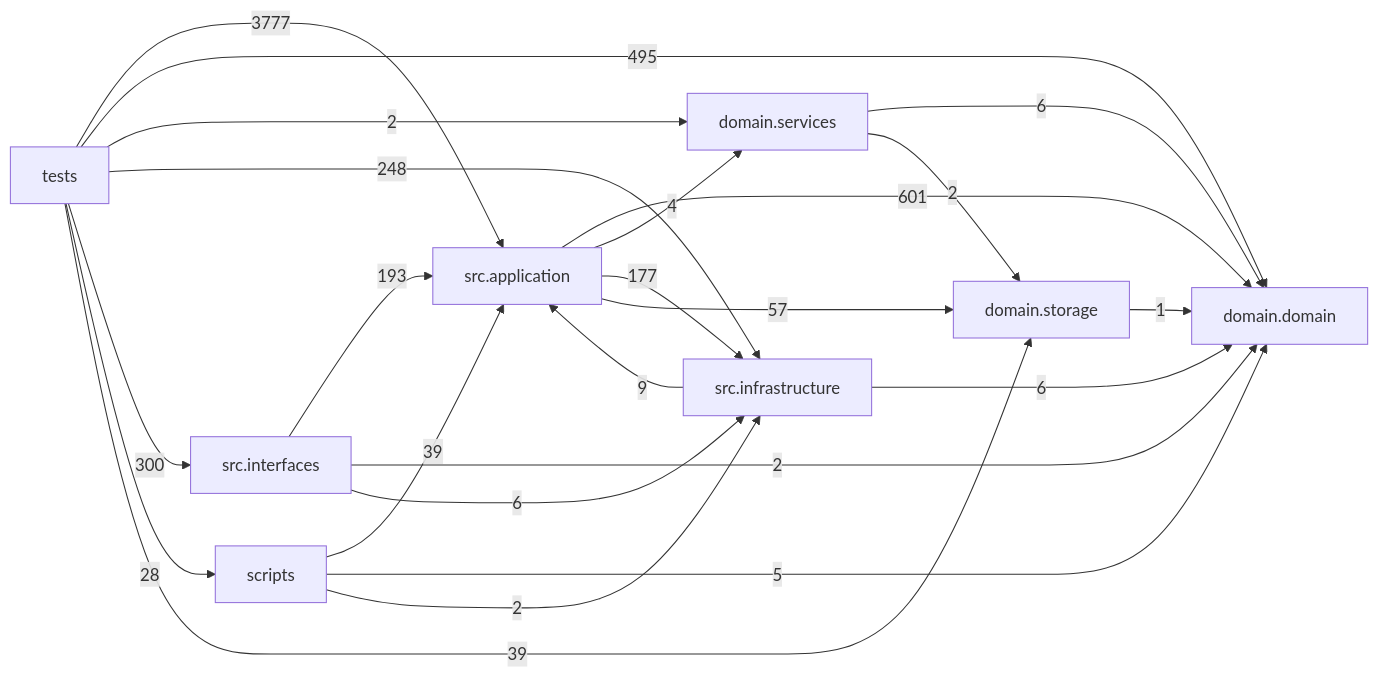
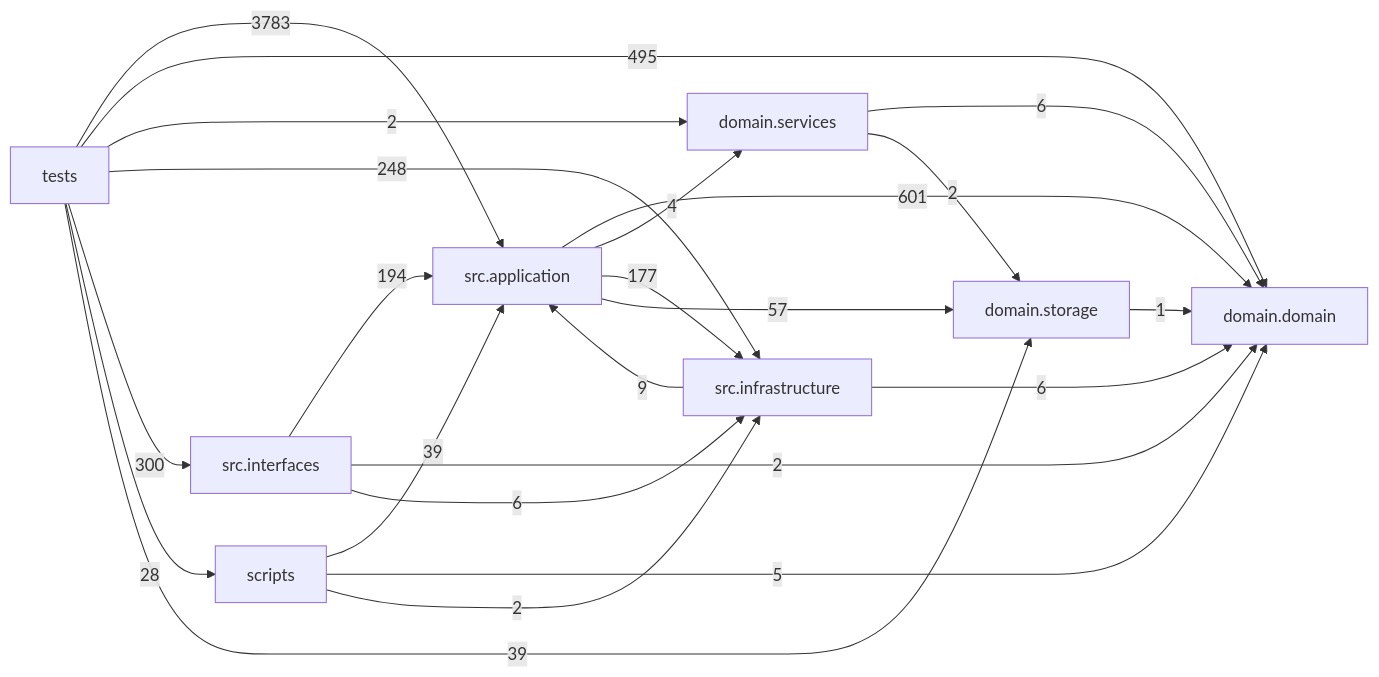
One commit to liuxie066/options-monitor changed the diagram in docs/DEPENDENCY_GRAPH.md. Above: the diagram before and after it, drawn with Mermaid. The commit also changed other lines of this file and 59 other files, not shown here.

````diff
--- a/docs/DEPENDENCY_GRAPH.md
+++ b/docs/DEPENDENCY_GRAPH.md
@@ -24,33 +24,33 @@
 ```mermaid
 flowchart LR
   tests["tests"]
   scripts["scripts"]
   interfaces["src.interfaces"]
   application["src.application"]
   infrastructure["src.infrastructure"]
   domain_services["domain.services"]
   domain["domain.domain"]
   storage["domain.storage"]
   application -->|601| domain
   application -->|4| domain_services
   application -->|177| infrastructure
   application -->|57| storage
   domain_services -->|6| domain
   domain_services -->|2| storage
   infrastructure -->|9| application
   infrastructure -->|6| domain
-  interfaces -->|193| application
+  interfaces -->|194| application
   interfaces -->|2| domain
   interfaces -->|6| infrastructure
   scripts -->|39| application
   scripts -->|5| domain
   scripts -->|2| infrastructure
   storage -->|1| domain
-  tests -->|3777| application
+  tests -->|3783| application
   tests -->|495| domain
   tests -->|2| domain_services
   tests -->|248| infrastructure
   tests -->|300| interfaces
   tests -->|28| scripts
   tests -->|39| storage
 ```
````
